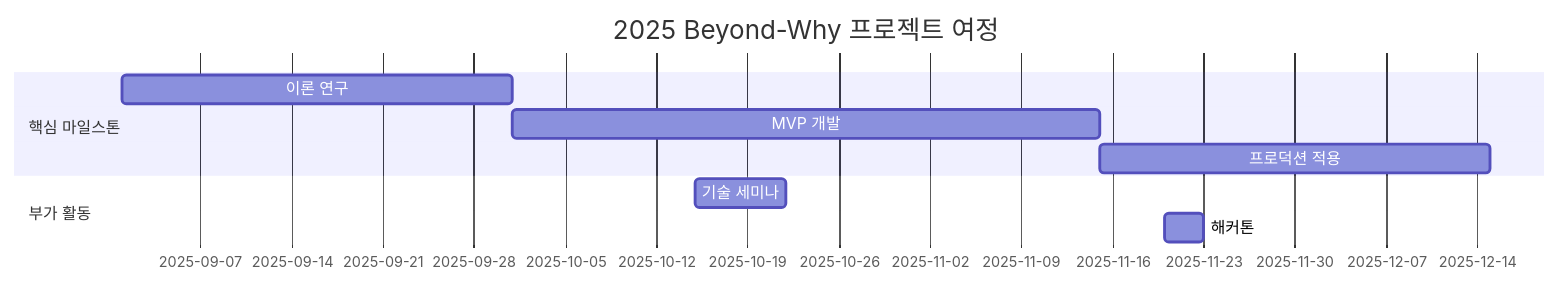
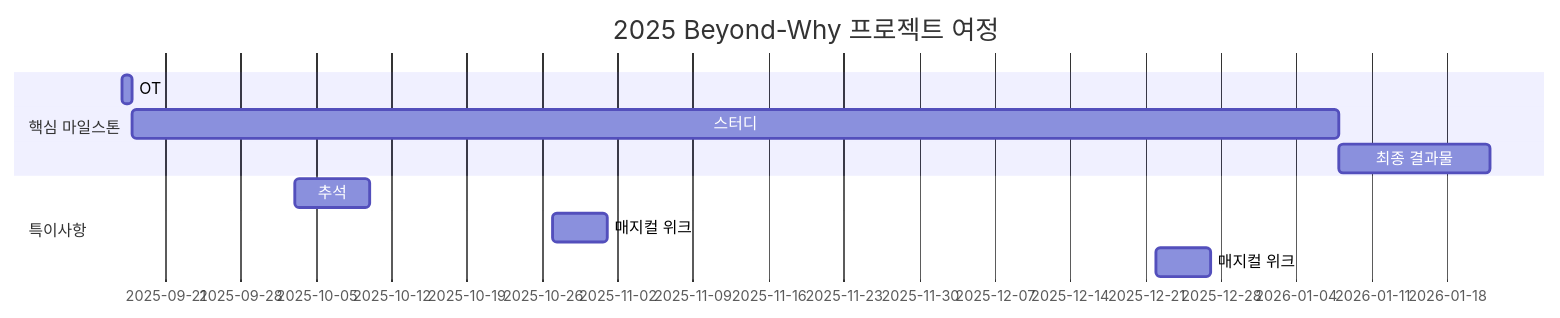
One commit to soominzoh/Beyond-Why changed the diagram in README.md. Above: the diagram before and after it, drawn with Mermaid. The commit also changed other lines of this file, not shown here.

````diff
--- a/README.md
+++ b/README.md
@@ -42,11 +48,12 @@
 ```mermaid
 gantt
     title 2025 Beyond-Why 프로젝트 여정
     section 핵심 마일스톤
-    이론 연구       :a1, 2025-09-01, 30d
-    MVP 개발        :a2, after a1, 45d
-    프로덕션 적용    :a3, after a2, 30d
-    section 부가 활동
-    기술 세미나     :2025-10-15, 7d
-    해커톤         :2025-11-20, 3d
+    OT       :a1, 2025-09-17, 1d
+    스터디        :a2, after a1, 112d
+    최종 결과물    :a3, after a2, 14d
+    section 특이사항
+    추석     :2025-10-03, 7d
+    매지컬 위크 :2025-10-27, 5d
+    매지컬 위크       :2025-12-22, 5d
 ```
````
